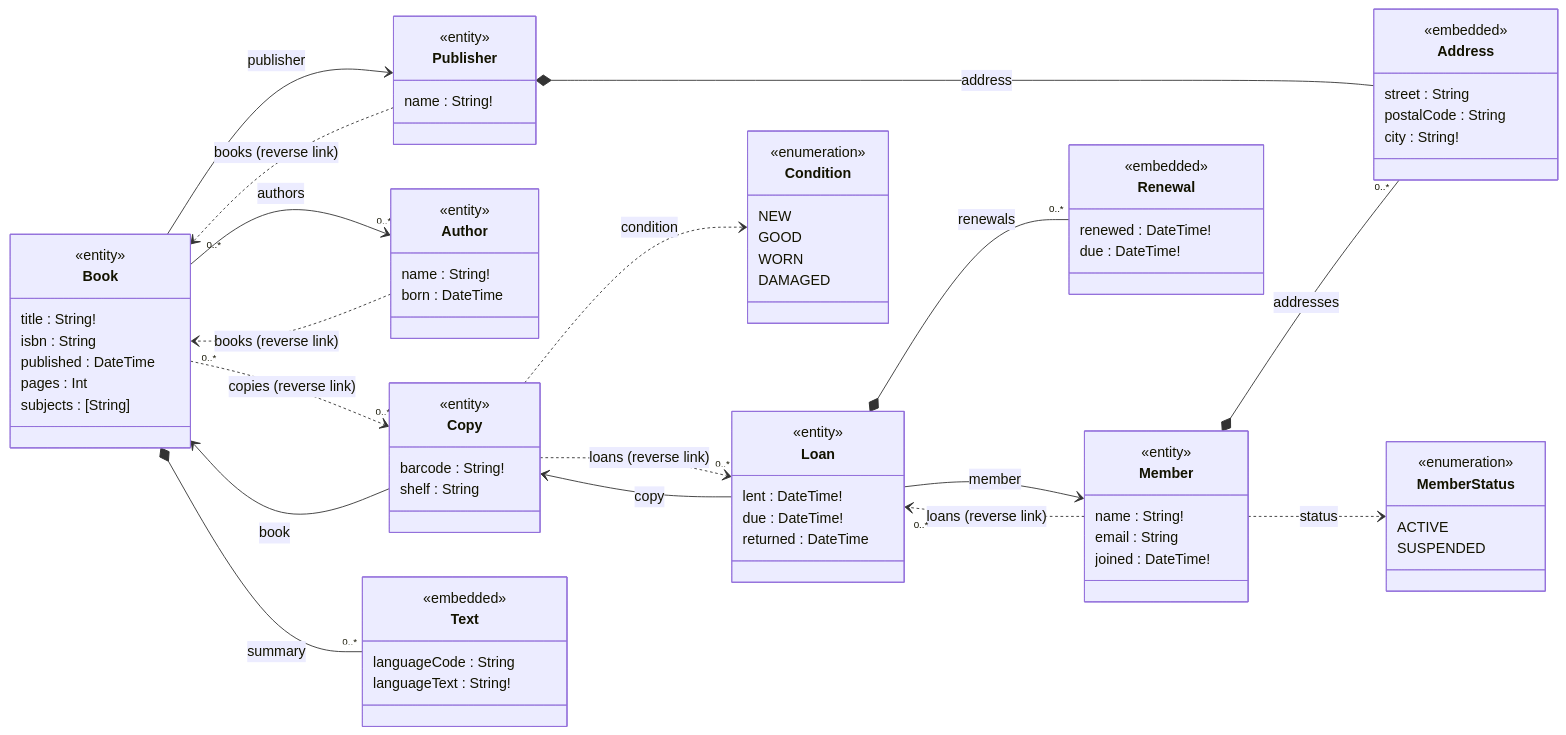
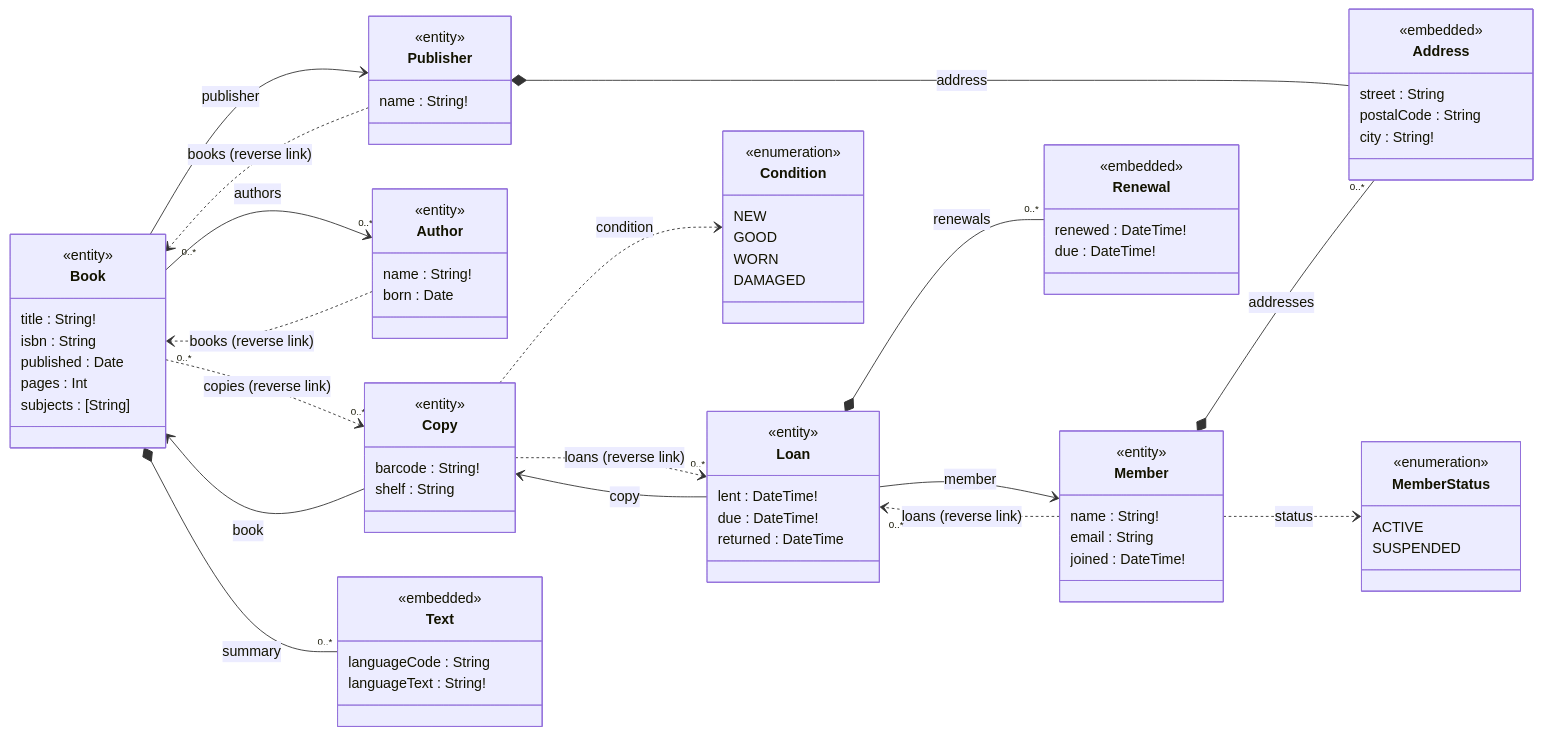
One commit to descoped/linked-data-store-project changed the diagram in plugins/lds/skills/model/references/diagram.md. Above: the diagram before and after it, drawn with Mermaid. The commit also changed other lines of this file and 67 other files, not shown here.

````diff
--- a/plugins/lds/skills/model/references/diagram.md
+++ b/plugins/lds/skills/model/references/diagram.md
@@ -34,82 +34,82 @@
 ```mermaid
 classDiagram
     direction LR
     class Book {
         <<entity>>
         title : String!
         isbn : String
-        published : DateTime
+        published : Date
         pages : Int
         subjects : [String]
     }
     class Copy {
         <<entity>>
         barcode : String!
         shelf : String
     }
     class Author {
         <<entity>>
         name : String!
-        born : DateTime
+        born : Date
     }
     class Publisher {
         <<entity>>
         name : String!
     }
     class Member {
         <<entity>>
         name : String!
         email : String
         joined : DateTime!
     }
     class Loan {
         <<entity>>
         lent : DateTime!
         due : DateTime!
         returned : DateTime
     }
     class Text {
         <<embedded>>
         languageCode : String
         languageText : String!
     }
     class Address {
         <<embedded>>
         street : String
         postalCode : String
         city : String!
     }
     class Renewal {
         <<embedded>>
         renewed : DateTime!
         due : DateTime!
     }
     class Condition {
         <<enumeration>>
         NEW
         GOOD
         WORN
         DAMAGED
     }
     class MemberStatus {
         <<enumeration>>
         ACTIVE
         SUSPENDED
     }
     Book *-- "0..*" Text : summary
     Book --> "0..*" Author : authors
     Book --> Publisher : publisher
     Copy --> Book : book
     Copy ..> Condition : condition
     Publisher *-- Address : address
     Member *-- "0..*" Address : addresses
     Member ..> MemberStatus : status
     Loan --> Copy : copy
     Loan --> Member : member
     Loan *-- "0..*" Renewal : renewals
     Author ..> "0..*" Book : books (reverse link)
     Publisher ..> "0..*" Book : books (reverse link)
     Book ..> "0..*" Copy : copies (reverse link)
     Copy ..> "0..*" Loan : loans (reverse link)
     Member ..> "0..*" Loan : loans (reverse link)
 ```
````
